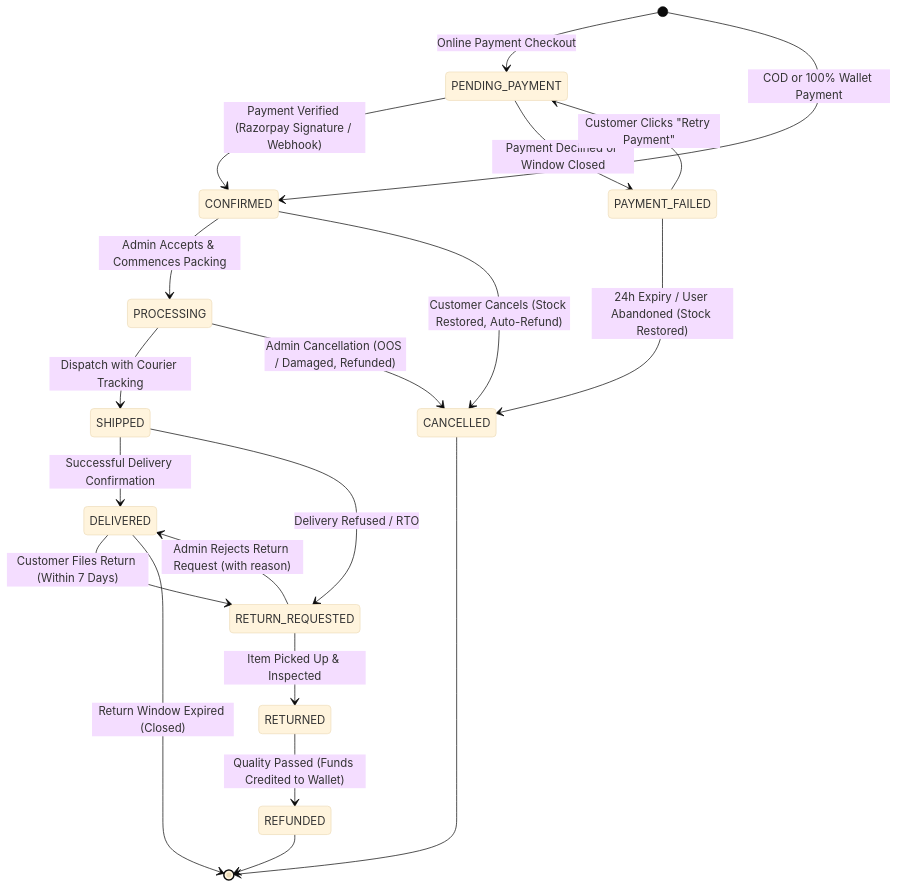
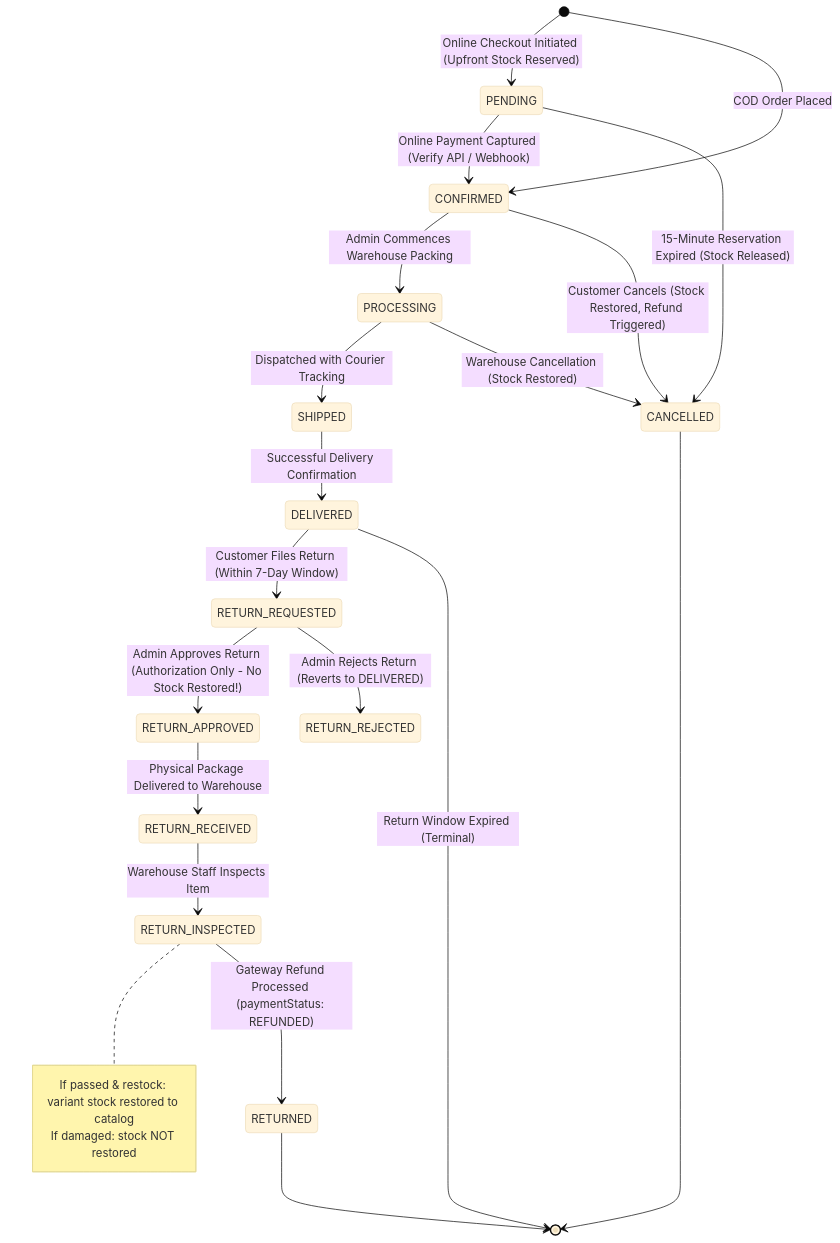
One commit to vinesmohammed-dotcom/aurora---ecommerce changed the diagram in docs/16-order-lifecycle.md. Above: the diagram before and after it, drawn with Mermaid (base theme). The commit also changed other lines of this file and 106 other files, not shown here.

Commit message:
Complete Phases 6-10 payment hardening, admin, security, and deployment preparation

````diff
--- a/docs/16-order-lifecycle.md
+++ b/docs/16-order-lifecycle.md
@@ -50,30 +68,34 @@
 ```mermaid
 stateDiagram-v2
-    [*] --> PENDING_PAYMENT : Online Payment Checkout
-    [*] --> CONFIRMED : COD or 100% Wallet Payment
+    [*] --> PENDING : Online Checkout Initiated (Upfront Stock Reserved)
+    [*] --> CONFIRMED : COD Order Placed
 
-    PENDING_PAYMENT --> CONFIRMED : Payment Verified (Razorpay Signature / Webhook)
-    PENDING_PAYMENT --> PAYMENT_FAILED : Payment Declined or Window Closed
-    
-    PAYMENT_FAILED --> PENDING_PAYMENT : Customer Clicks "Retry Payment"
-    PAYMENT_FAILED --> CANCELLED : 24h Expiry / User Abandoned (Stock Restored)
+    PENDING --> CONFIRMED : Online Payment Captured (Verify API / Webhook)
+    PENDING --> CANCELLED : 15-Minute Reservation Expired (Stock Released)
 
-    CONFIRMED --> PROCESSING : Admin Accepts & Commences Packing
-    CONFIRMED --> CANCELLED : Customer Cancels (Stock Restored, Auto-Refund)
+    CONFIRMED --> PROCESSING : Admin Commences Warehouse Packing
+    CONFIRMED --> CANCELLED : Customer Cancels (Stock Restored, Refund Triggered)
 
-    PROCESSING --> SHIPPED : Dispatch with Courier Tracking
-    PROCESSING --> CANCELLED : Admin Cancellation (OOS / Damaged, Refunded)
+    PROCESSING --> SHIPPED : Dispatched with Courier Tracking
+    PROCESSING --> CANCELLED : Warehouse Cancellation (Stock Restored)
 
     SHIPPED --> DELIVERED : Successful Delivery Confirmation
-    SHIPPED --> RETURN_REQUESTED : Delivery Refused / RTO
+    
+    DELIVERED --> RETURN_REQUESTED : Customer Files Return (Within 7-Day Window)
+    DELIVERED --> [*] : Return Window Expired (Terminal)
 
-    DELIVERED --> RETURN_REQUESTED : Customer Files Return (Within 7 Days)
-    DELIVERED --> [*] : Return Window Expired (Closed)
+    RETURN_REQUESTED --> RETURN_APPROVED : Admin Approves Return (Authorization Only - No Stock Restored!)
+    RETURN_REQUESTED --> RETURN_REJECTED : Admin Rejects Return (Reverts to DELIVERED)
 
-    RETURN_REQUESTED --> RETURNED : Item Picked Up & Inspected
-    RETURN_REQUESTED --> DELIVERED : Admin Rejects Return Request (with reason)
+    RETURN_APPROVED --> RETURN_RECEIVED : Physical Package Delivered to Warehouse
+    
+    RETURN_RECEIVED --> RETURN_INSPECTED : Warehouse Staff Inspects Item
+    note right of RETURN_INSPECTED
+      If passed & restock: variant stock restored to catalog
+      If damaged: stock NOT restored
+    end note
 
-    RETURNED --> REFUNDED : Quality Passed (Funds Credited to Wallet)
-    REFUNDED --> [*]
+    RETURN_INSPECTED --> RETURNED : Gateway Refund Processed (paymentStatus: REFUNDED)
+    RETURNED --> [*]
     CANCELLED --> [*]
 ```
````
